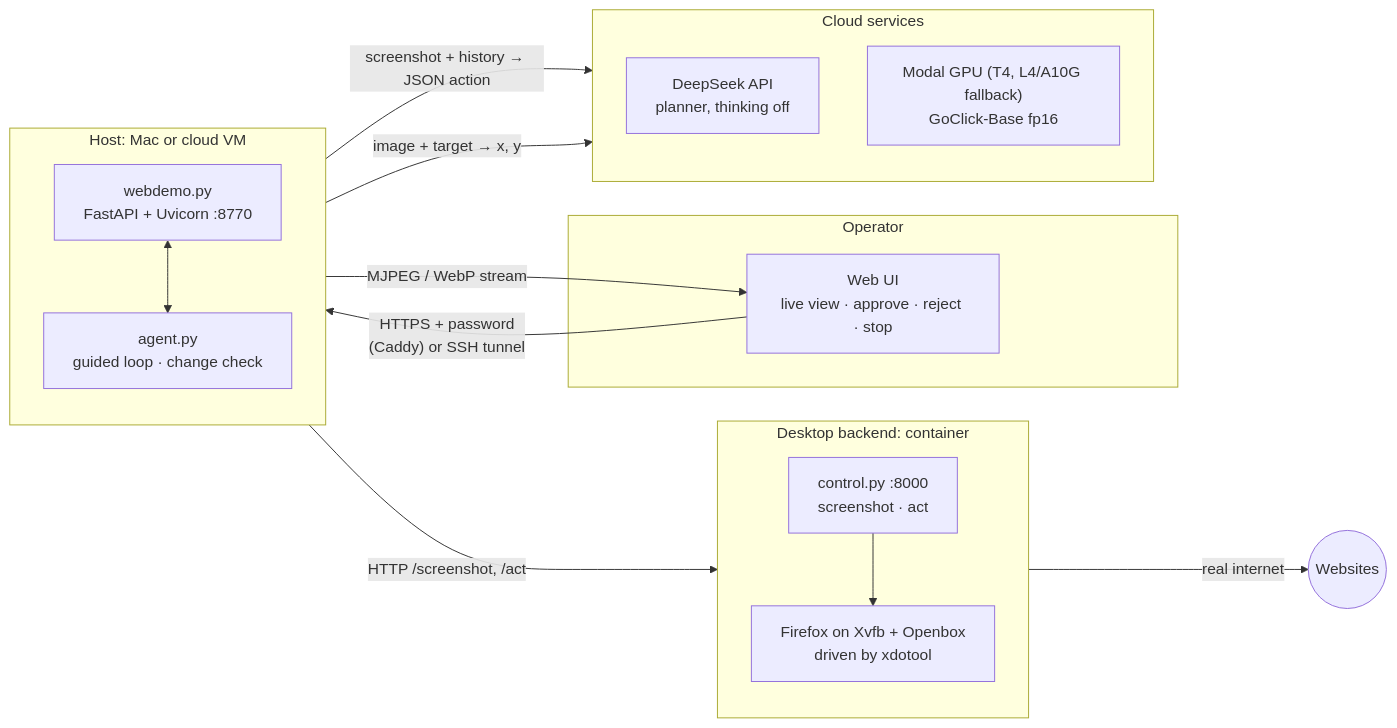
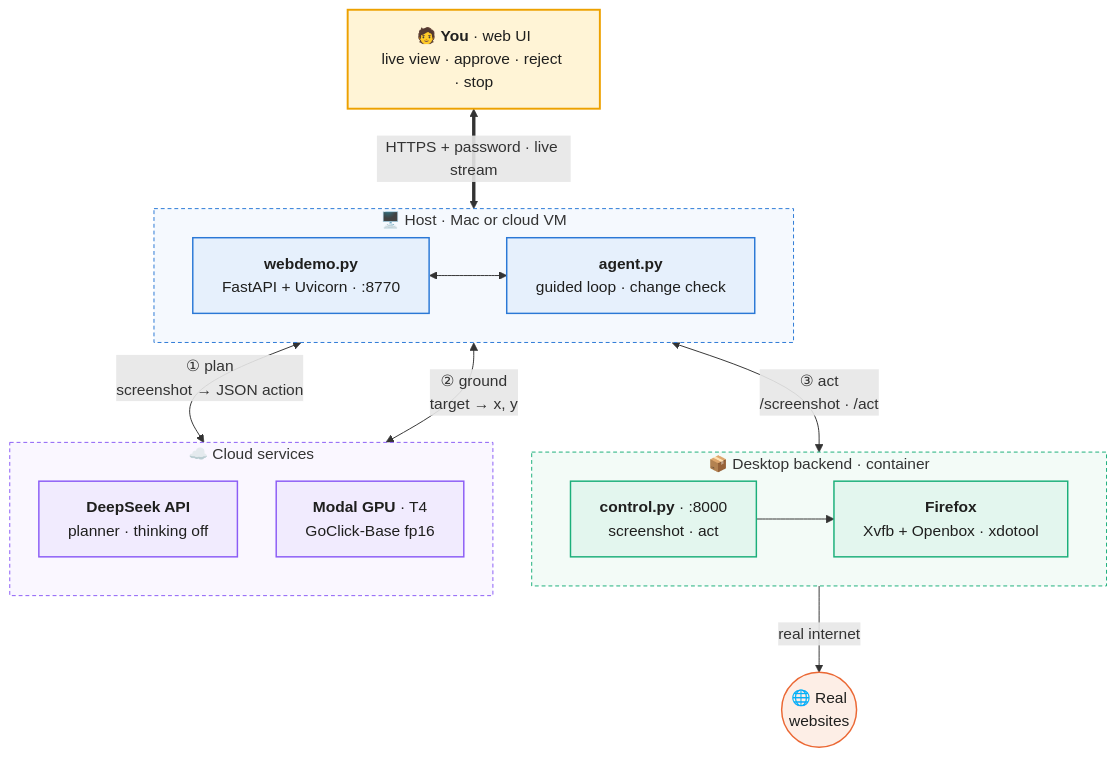
One commit to tarunk42/AI-Computer-use-using-VLM-and-YOLO changed the first of 2 diagrams in README.md. Above: the diagram before and after it, drawn with Mermaid.

Commit message:
README: clearer architecture diagram
Three layers (operator, host, cloud services and desktop), one numbered arrow
per step (plan, ground, act) and a colour per layer.

````diff
--- a/README.md
+++ b/README.md
@@ -76,33 +76,48 @@
 ```mermaid
-flowchart LR
-    subgraph OP["Operator"]
-        UI["Web UI<br/>live view · approve · reject · stop"]
-    end
+%%{init: {"flowchart": {"curve": "basis", "nodeSpacing": 40, "rankSpacing": 55}} }%%
+flowchart TB
+    UI["🧑 <b>You</b> · web UI<br/>live view · approve · reject · stop"]
 
-    subgraph HOST["Host: Mac or cloud VM"]
-        direction TB
-        WEB["webdemo.py<br/>FastAPI + Uvicorn :8770"]
-        AG["agent.py<br/>guided loop · change check"]
+    subgraph HOST["🖥️ Host · Mac or cloud VM"]
+        direction LR
+        WEB["<b>webdemo.py</b><br/>FastAPI + Uvicorn · :8770"]
+        AG["<b>agent.py</b><br/>guided loop · change check"]
         WEB <--> AG
     end
 
-    subgraph DESK["Desktop backend: container"]
-        direction TB
-        CTL["control.py :8000<br/>screenshot · act"]
-        FF["Firefox on Xvfb + Openbox<br/>driven by xdotool"]
+
+    subgraph DESK["📦 Desktop backend · container"]
+        direction LR
+        CTL["<b>control.py</b> · :8000<br/>screenshot · act"]
+        FF["<b>Firefox</b><br/>Xvfb + Openbox · xdotool"]
         CTL --> FF
     end
 
-    subgraph CLOUD["Cloud services"]
+    subgraph CLOUD["☁️ Cloud services"]
         direction TB
-        DS["DeepSeek API<br/>planner, thinking off"]
-        MG["Modal GPU (T4, L4/A10G fallback)<br/>GoClick-Base fp16"]
+        DS["<b>DeepSeek API</b><br/>planner · thinking off"]
+        MG["<b>Modal GPU</b> · T4<br/>GoClick-Base fp16"]
     end
 
-    UI -- "HTTPS + password<br/>(Caddy) or SSH tunnel" --> WEB
-    WEB -- "MJPEG / WebP stream" --> UI
-    AG -- "HTTP /screenshot, /act" --> CTL
-    AG -- "screenshot + history → JSON action" --> DS
-    AG -- "image + target → x, y" --> MG
-    FF -- "real internet" --> NET(("Websites"))
+    NET(("🌐 Real<br/>websites"))
+
+    UI <==>|"HTTPS + password · live stream"| WEB
+    AG <-->|"① plan<br/>screenshot → JSON action"| DS
+    AG <-->|"② ground<br/>target → x, y"| MG
+    AG <-->|"③ act<br/>/screenshot · /act"| CTL
+    FF -->|"real internet"| NET
+
+    classDef you fill:#fff4d6,stroke:#eda100,stroke-width:2px,color:#1f1f1e
+    classDef host fill:#e6f0fc,stroke:#2a78d6,stroke-width:1.5px,color:#1f1f1e
+    classDef cloud fill:#f1ebfe,stroke:#8b5cf6,stroke-width:1.5px,color:#1f1f1e
+    classDef desk fill:#e3f6ee,stroke:#1baf7a,stroke-width:1.5px,color:#1f1f1e
+    classDef net fill:#fdeee6,stroke:#eb6834,stroke-width:1.5px,color:#1f1f1e
+    class UI you
+    class WEB,AG host
+    class DS,MG cloud
+    class CTL,FF desk
+    class NET net
+    style HOST fill:#f5f9fe,stroke:#2a78d6,stroke-dasharray:4 3
+    style CLOUD fill:#faf7ff,stroke:#8b5cf6,stroke-dasharray:4 3
+    style DESK fill:#f3fbf7,stroke:#1baf7a,stroke-dasharray:4 3
 ```
````
